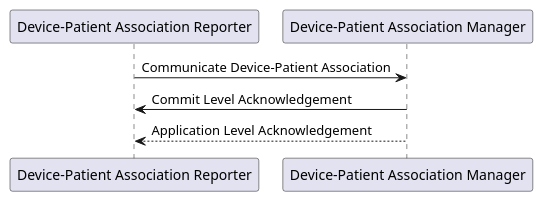
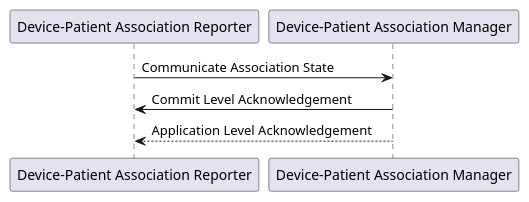
The first of 3 diagrams in CPs/IHE_DEV_Suppl_PCIM_Foundational CP applied.adoc (IHE/DEV.PCIM), drawn with PlantUML before and after one commit. The commit also changed other lines of this file and 1 other file, not shown here.

```diff
--- a/CPs/IHE_DEV_Suppl_PCIM_Foundational CP applied.adoc
+++ b/CPs/IHE_DEV_Suppl_PCIM_Foundational CP applied.adoc
@@ -529,11 +529,11 @@
 [plantuml, asciidoc-plant-uml-reporter-manager-interaction-diagram, svg]
 ....
 @startuml
 
 participant "Device-Patient Association Reporter" as reporter  
 participant "Device-Patient Association Manager"  as manager
-reporter -> manager : Communicate Device-Patient Association
+reporter -> manager : Communicate Association State
 manager -> reporter : Commit Level Acknowledgement
 manager --> reporter : Application Level Acknowledgement
 @enduml
 ....
```
